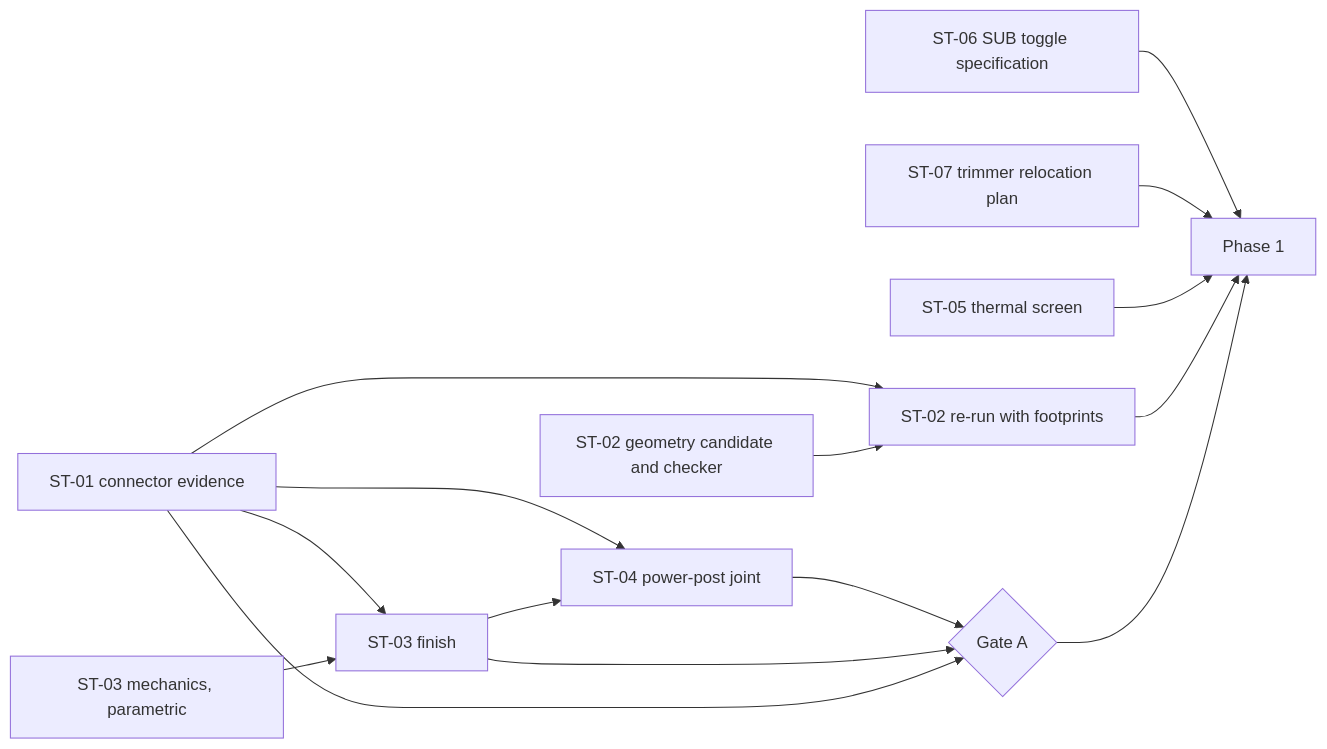
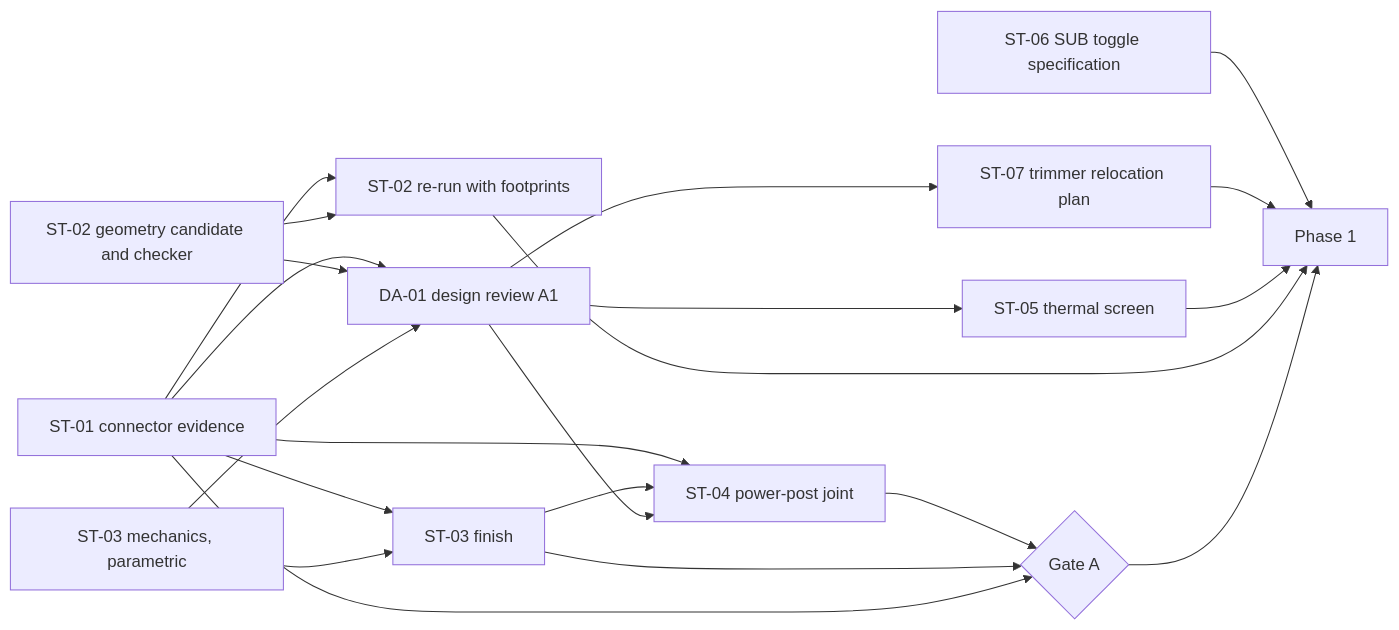
Before and after one commit to Takazudo/zudo-osc-hole-field: the diagram in circuit/orchestration/campaigns/osc-stack-20261114/plan.md, drawn with Mermaid. The commit also changed other lines of this file and 1 other file, not shown here.

````diff
--- a/circuit/orchestration/campaigns/osc-stack-20261114/plan.md
+++ b/circuit/orchestration/campaigns/osc-stack-20261114/plan.md
@@ -59,17 +59,23 @@
 ```mermaid
 flowchart LR
   ST01["ST-01 connector evidence"] --> ST03f["ST-03 finish"]
   ST03["ST-03 mechanics, parametric"] --> ST03f
   ST01 --> ST04["ST-04 power-post joint"]
   ST03f --> ST04
   ST01 --> ST02r["ST-02 re-run with footprints"]
   ST02["ST-02 geometry candidate and checker"] --> ST02r
+  ST01 --> DA01["DA-01 design review A1"]
+  ST02 --> DA01
+  ST03 --> DA01
+  DA01 --> ST04
+  DA01 --> ST05
+  DA01 --> ST07
   ST04 --> GA{"Gate A"}
   ST03f --> GA
   ST01 --> GA
   ST06["ST-06 SUB toggle specification"] --> P1["Phase 1"]
   ST07["ST-07 trimmer relocation plan"] --> P1
   ST05["ST-05 thermal screen"] --> P1
   ST02r --> P1
   GA --> P1
 ```
````
